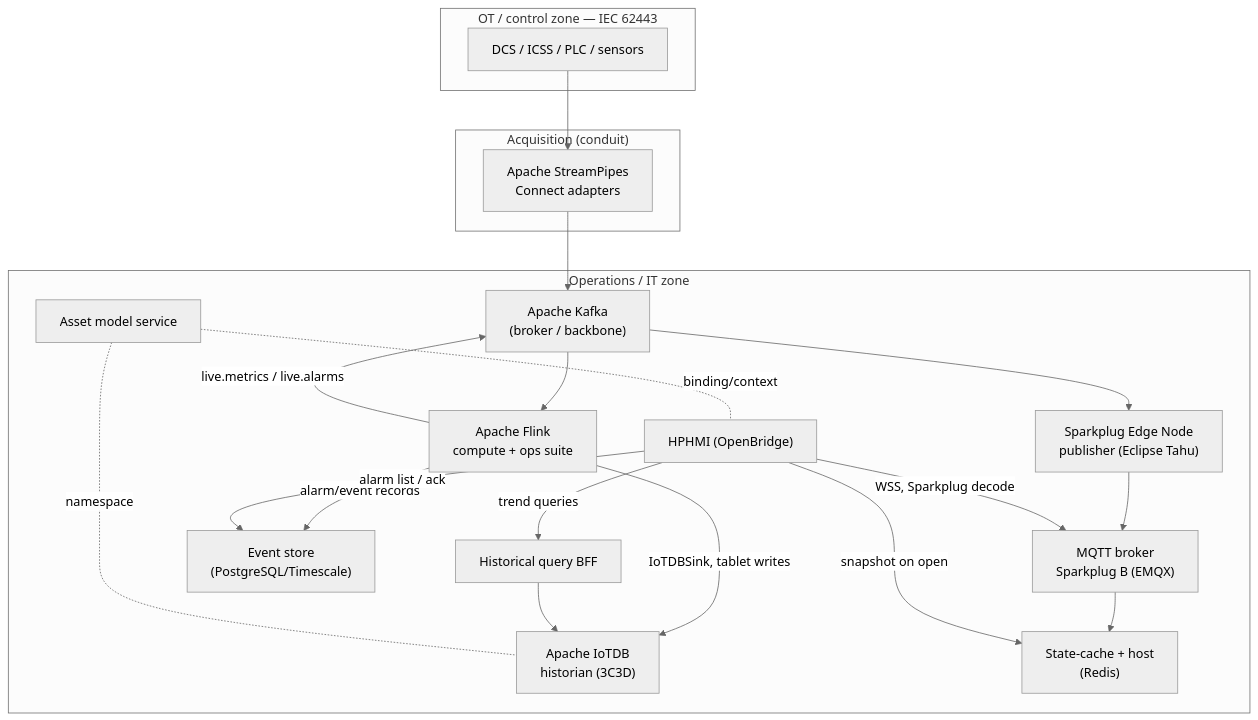
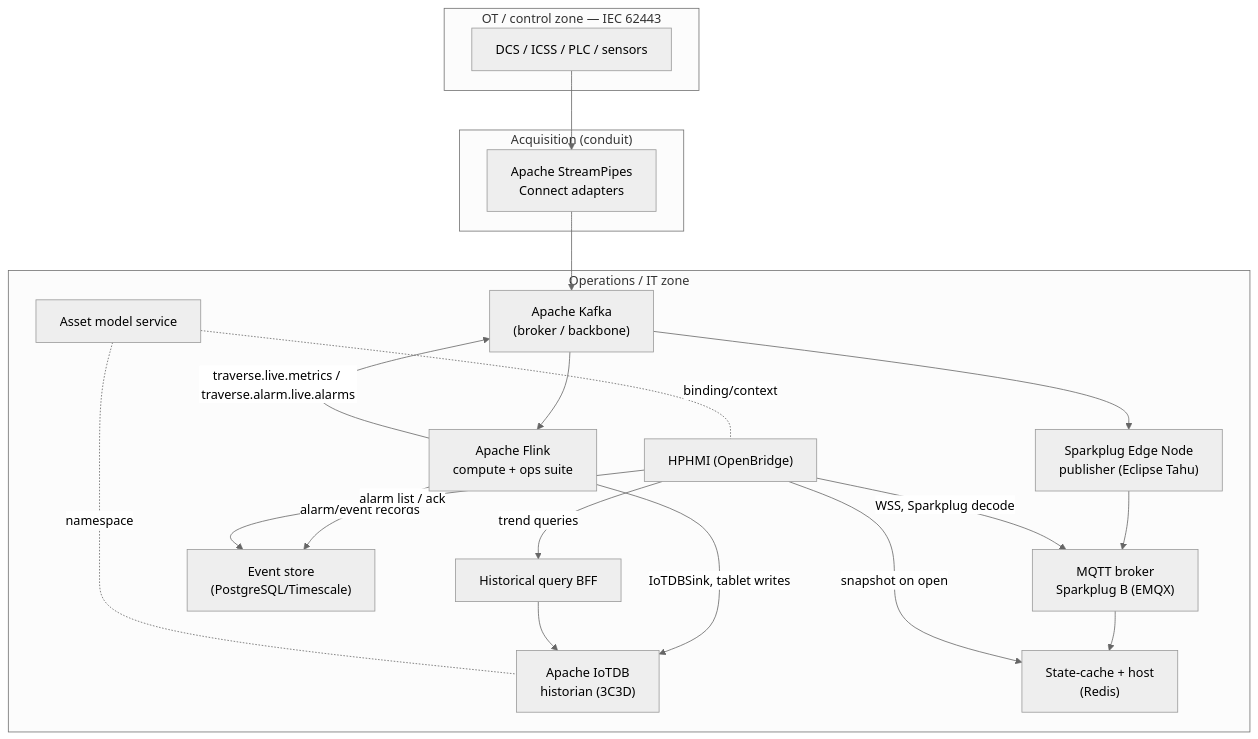
The diagram in Traverse-Edge-Platform-Specification.md (tofelemed/AMS-OpenBridge), drawn with Mermaid (neutral theme) before and after one commit. The commit also changed other lines of this file and 221 other files, not shown here.

````diff
--- a/Traverse-Edge-Platform-Specification.md
+++ b/Traverse-Edge-Platform-Specification.md
@@ -23,34 +23,34 @@
 ```mermaid
 flowchart TB
   subgraph OT["OT / control zone — IEC 62443"]
     SRC["DCS / ICSS / PLC / sensors"]
   end
   subgraph ACQ["Acquisition (conduit)"]
     SP["Apache StreamPipes<br/>Connect adapters"]
   end
   subgraph OPS["Operations / IT zone"]
     K["Apache Kafka<br/>(broker / backbone)"]
     F["Apache Flink<br/>compute + ops suite"]
     IOTDB["Apache IoTDB<br/>historian (3C3D)"]
     EN["Sparkplug Edge Node<br/>publisher (Eclipse Tahu)"]
     MB["MQTT broker<br/>Sparkplug B (EMQX)"]
     SC["State-cache + host<br/>(Redis)"]
     EVT["Event store<br/>(PostgreSQL/Timescale)"]
     AM["Asset model service"]
     BFF["Historical query BFF"]
     HMI["HPHMI (OpenBridge)"]
   end
 
   SRC --> SP --> K --> F
   F -->|IoTDBSink, tablet writes| IOTDB
-  F -->|live.metrics / live.alarms| K
+  F -->|traverse.live.metrics / traverse.alarm.live.alarms| K
   K --> EN --> MB
   MB --> SC
   F -->|alarm/event records| EVT
   HMI -->|WSS, Sparkplug decode| MB
   HMI -->|snapshot on open| SC
   HMI -->|trend queries| BFF --> IOTDB
   HMI -->|alarm list / ack| EVT
   AM -.binding/context.- HMI
   AM -.namespace.- IOTDB
 ```
````
